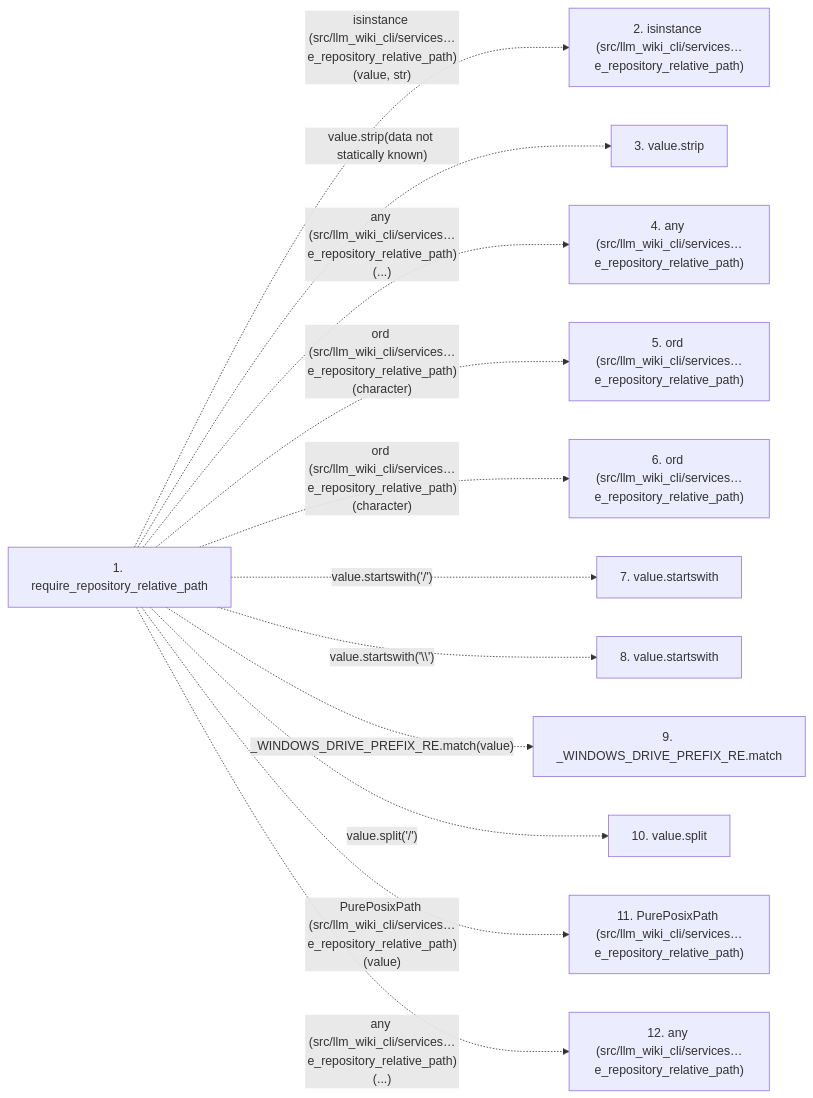
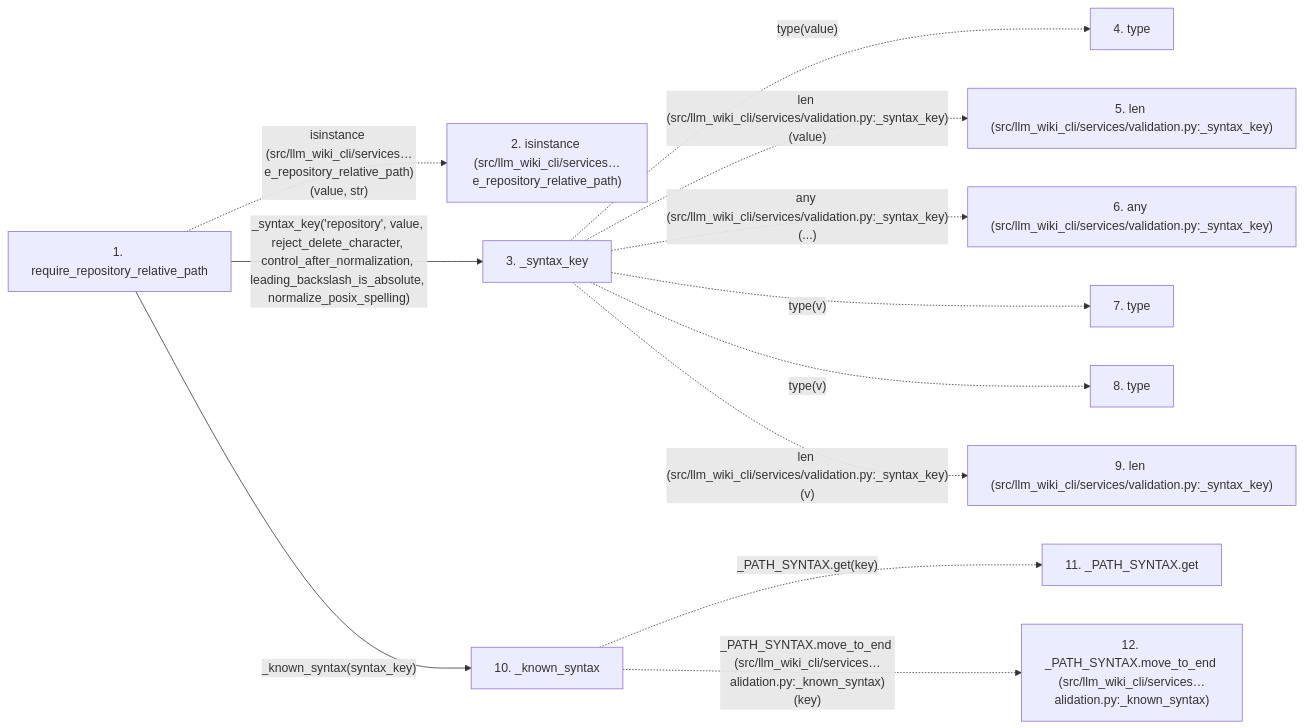
One commit to Denissvgn/python-wiki-llm changed the second of 2 diagrams in docs/llm_wiki/flows/api-require_repository_relative_path.md. Above: the diagram before and after it, drawn with Mermaid. The commit also changed other lines of this file and 865 other files, not shown here.

````diff
--- a/docs/llm_wiki/flows/api-require_repository_relative_path.md
+++ b/docs/llm_wiki/flows/api-require_repository_relative_path.md
@@ -71,27 +71,29 @@
 ```mermaid
 flowchart LR
     s1["1. require_repository_relative_path"]
     s2["2. isinstance (src/llm_wiki_cli/services…e_repository_relative_path)"]
-    s3["3. value.strip"]
-    s4["4. any (src/llm_wiki_cli/services…e_repository_relative_path)"]
-    s5["5. ord (src/llm_wiki_cli/services…e_repository_relative_path)"]
-    s6["6. ord (src/llm_wiki_cli/services…e_repository_relative_path)"]
-    s7["7. value.startswith"]
-    s8["8. value.startswith"]
-    s9["9. _WINDOWS_DRIVE_PREFIX_RE.match"]
-    s10["10. value.split"]
-    s11["11. PurePosixPath (src/llm_wiki_cli/services…e_repository_relative_path)"]
-    s12["12. any (src/llm_wiki_cli/services…e_repository_relative_path)"]
+    s3["3. _syntax_key"]
+    s4["4. type"]
+    s5["5. len (src/llm_wiki_cli/services/validation.py:_syntax_key)"]
+    s6["6. any (src/llm_wiki_cli/services/validation.py:_syntax_key)"]
+    s7["7. type"]
+    s8["8. type"]
+    s9["9. len (src/llm_wiki_cli/services/validation.py:_syntax_key)"]
+    s10["10. _known_syntax"]
+    s11["11. _PATH_SYNTAX.get"]
+    s12["12. _PATH_SYNTAX.move_to_end (src/llm_wiki_cli/services…alidation.py:_known_syntax)"]
     s1 -. "isinstance (src/llm_wiki_cli/services…e_repository_relative_path)(value, str)" .-> s2
-    s1 -. "value.strip(data not statically known)" .-> s3
-    s1 -. "any (src/llm_wiki_cli/services…e_repository_relative_path)(...)" .-> s4
-    s1 -. "ord (src/llm_wiki_cli/services…e_repository_relative_path)(character)" .-> s5
-    s1 -. "ord (src/llm_wiki_cli/services…e_repository_relative_path)(character)" .-> s6
-    s1 -. "value.startswith('/')" .-> s7
-    s1 -. "value.startswith('\\')" .-> s8
-    s1 -. "_WINDOWS_DRIVE_PREFIX_RE.match(value)" .-> s9
-    s1 -. "value.split('/')" .-> s10
-    s1 -. "PurePosixPath (src/llm_wiki_cli/services…e_repository_relative_path)(value)" .-> s11
-    s1 -. "any (src/llm_wiki_cli/services…e_repository_relative_path)(...)" .-> s12
+    s1 -->|"_syntax_key('repository', value, reject_delete_character, control_after_normalization, leading_backslash_is_absolute, normalize_posix_spelling)"| s3
+    s3 -. "type(value)" .-> s4
+    s3 -. "len (src/llm_wiki_cli/services/validation.py:_syntax_key)(value)" .-> s5
+    s3 -. "any (src/llm_wiki_cli/services/validation.py:_syntax_key)(...)" .-> s6
+    s3 -. "type(v)" .-> s7
+    s3 -. "type(v)" .-> s8
+    s3 -. "len (src/llm_wiki_cli/services/validation.py:_syntax_key)(v)" .-> s9
+    s1 -->|"_known_syntax(syntax_key)"| s10
+    s10 -. "_PATH_SYNTAX.get(key)" .-> s11
+    s10 -. "_PATH_SYNTAX.move_to_end (src/llm_wiki_cli/services…alidation.py:_known_syntax)(key)" .-> s12
     click s1 "../modules/validation.md"
+    click s3 "../modules/validation.md"
+    click s10 "../modules/validation.md"
 ```
````
